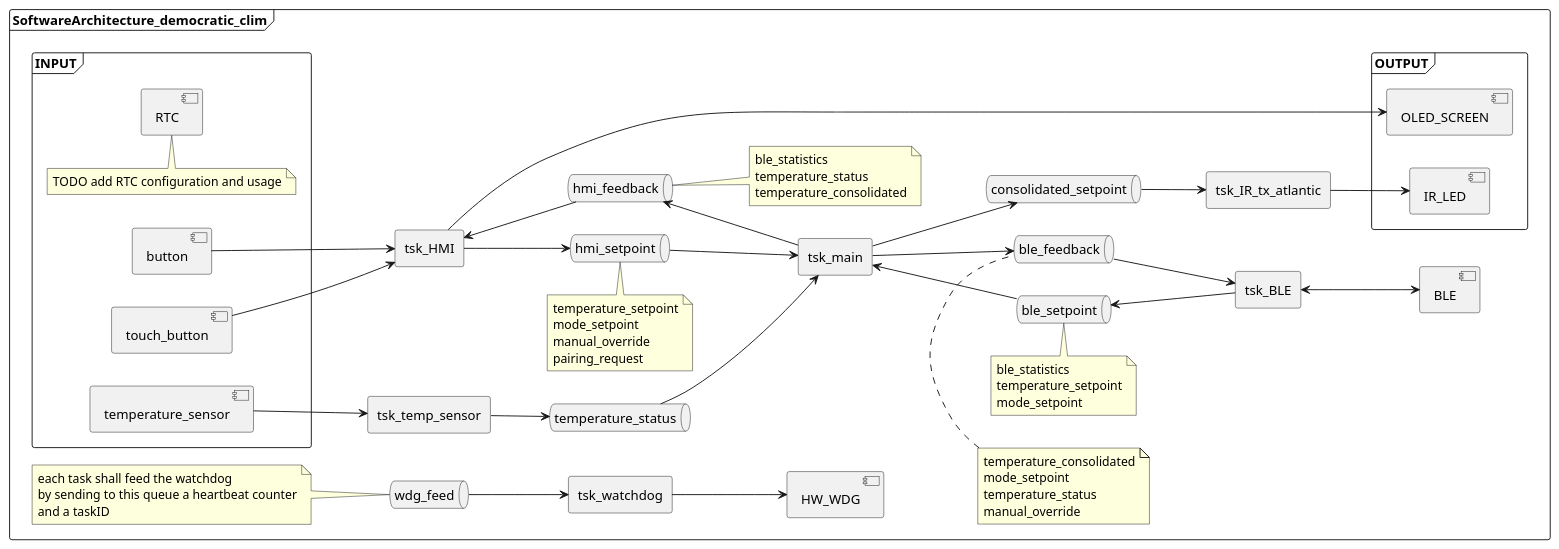
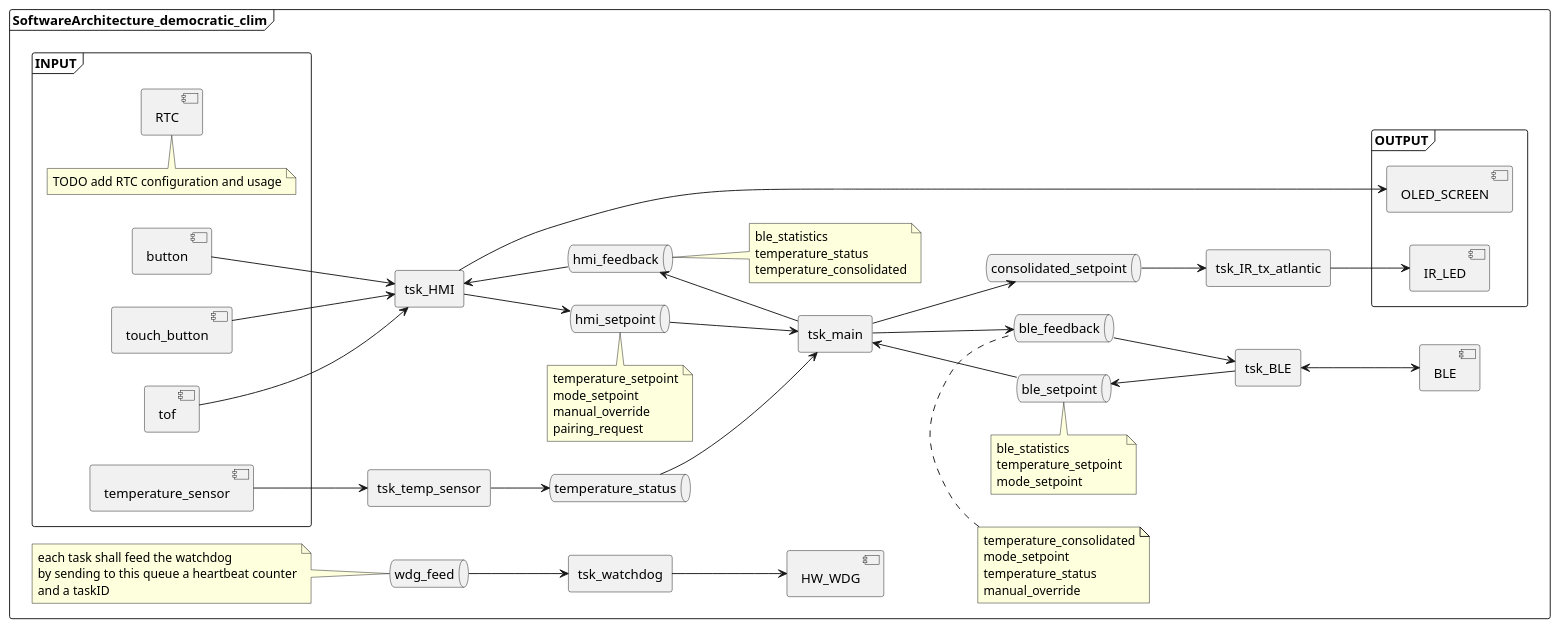
One commit to tdont/Elektor_Demo_Clim changed the diagram in Documentation/Technical_Documentation/Architecture/Global_architecture.puml. Above: the diagram before and after it, drawn with PlantUML. The commit also changed 5 other files, not shown here.

Commit message:
[Doc]: Add Reference manual + update architecture

```diff
--- a/Documentation/Technical_Documentation/Architecture/Global_architecture.puml
+++ b/Documentation/Technical_Documentation/Architecture/Global_architecture.puml
@@ -1,103 +1,105 @@
 @startuml
 left to right direction
 
 
 frame SoftwareArchitecture_democratic_clim{
 
 'Declare elements
     frame INPUT{
         component button
         component touch_button
+        component tof
         component temperature_sensor        
         component RTC
         note top{
             TODO add RTC configuration and usage
         }
     }
     frame OUTPUT{
         
         component IR_LED
         component OLED_SCREEN
     }
     rectangle tsk_main
     rectangle tsk_HMI
     rectangle tsk_IR_tx_atlantic
     rectangle tsk_BLE
     rectangle tsk_temp_sensor
     rectangle tsk_watchdog
 
     component BLE
     component HW_WDG
 
     queue hmi_setpoint
     queue hmi_feedback
     queue ble_setpoint
     queue consolidated_setpoint
     queue ble_feedback
     queue wdg_feed
     queue temperature_status
 
     note top of hmi_setpoint{
         temperature_setpoint
         mode_setpoint
         manual_override
         pairing_request
     }
 
     note right of hmi_feedback{
         ble_statistics
         temperature_status
         temperature_consolidated
     }
 
     note top of ble_feedback{
         temperature_consolidated
         mode_setpoint
         temperature_status
         manual_override
     }
 
     note left of wdg_feed{
         each task shall feed the watchdog
         by sending to this queue a heartbeat counter
         and a taskID
     }
 
     note top of ble_setpoint{
         ble_statistics
         temperature_setpoint
         mode_setpoint
     }
 
 
 'Relation between component
+tof --> tsk_HMI
 button --> tsk_HMI
 touch_button --> tsk_HMI
 tsk_HMI --> OLED_SCREEN
 tsk_HMI --> hmi_setpoint
 
 ble_setpoint <-- tsk_BLE 
 
 hmi_setpoint --> tsk_main
 tsk_main <-- ble_setpoint
 
 tsk_main --> ble_feedback
 tsk_main --> consolidated_setpoint
 
 ble_feedback --> tsk_BLE
 tsk_BLE <--> BLE
 
 consolidated_setpoint --> tsk_IR_tx_atlantic
 tsk_IR_tx_atlantic --> IR_LED
 
 temperature_sensor --> tsk_temp_sensor
 tsk_temp_sensor --> temperature_status
 temperature_status --> tsk_main
 
 hmi_feedback <-- tsk_main 
 tsk_HMI <-- hmi_feedback 
 
 wdg_feed --> tsk_watchdog
 tsk_watchdog --> HW_WDG
 }
 @enduml
```
